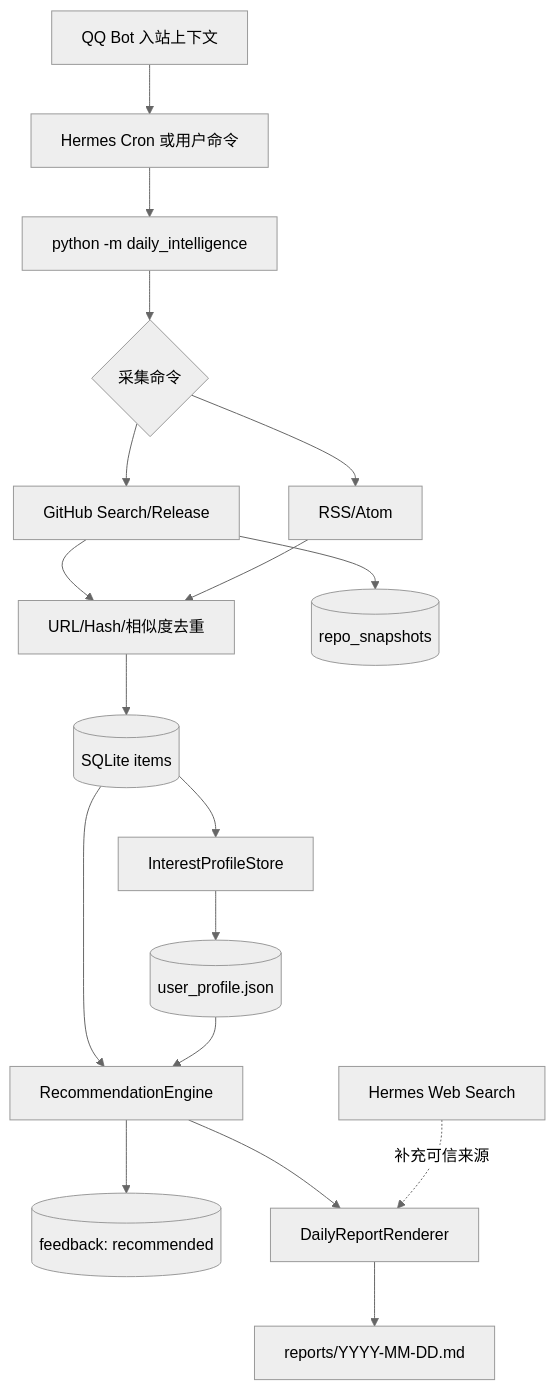
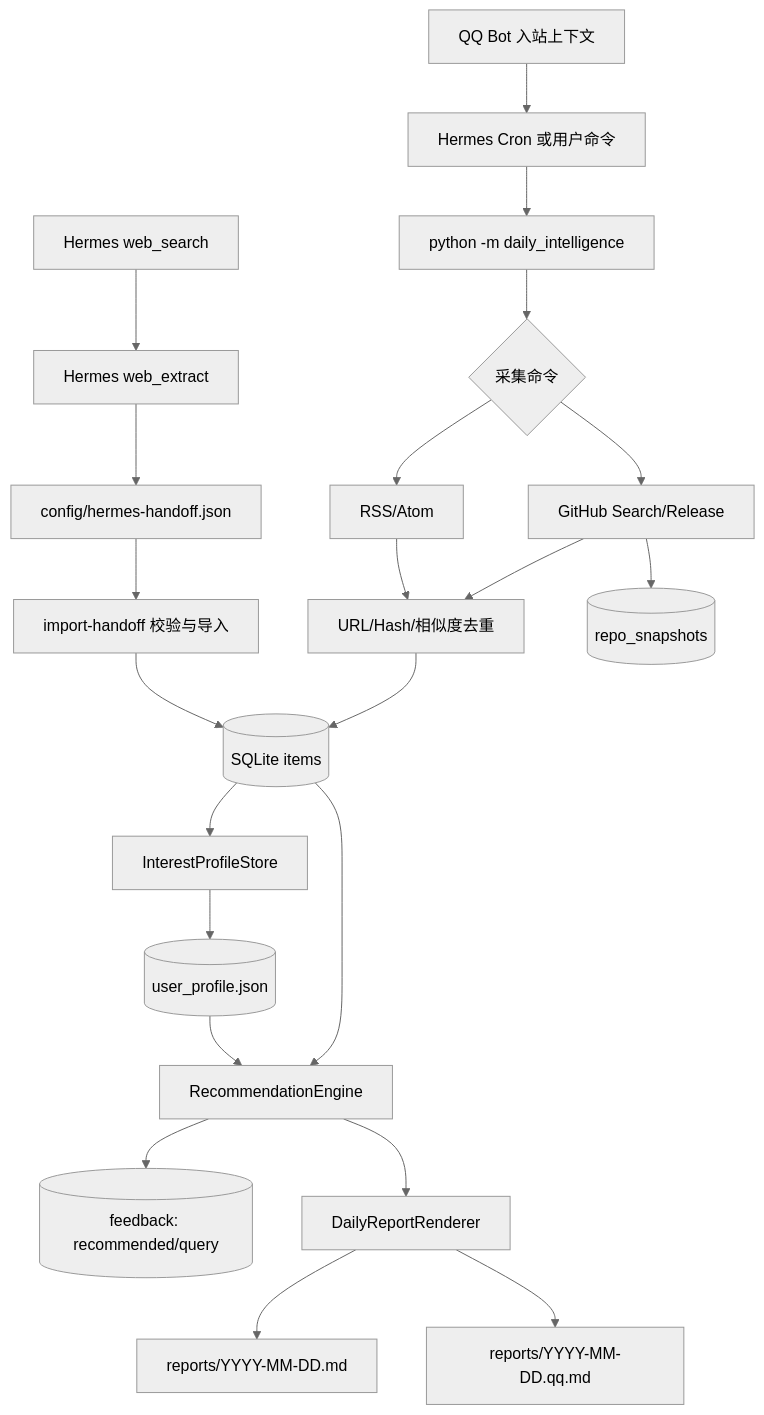
Before and after one commit to xie480/DailyIntelligence: the diagram in docs/architecture.md, drawn with Mermaid (neutral theme). The commit also changed other lines of this file and 14 other files, not shown here.

```diff
--- a/docs/architecture.md
+++ b/docs/architecture.md
@@ -23,20 +24,24 @@
 ~~~~mermaid
 flowchart TD
     A[Hermes Cron 或用户命令] --> B[python -m daily_intelligence]
     B --> C{采集命令}
     C --> D[GitHub Search/Release]
     C --> E[RSS/Atom]
     D --> F[URL/Hash/相似度去重]
     E --> F
+    O[Hermes web_search] --> Q[Hermes web_extract]
+    Q --> R[config/hermes-handoff.json]
+    R --> S[import-handoff 校验与导入]
     F --> G[(SQLite items)]
+    S --> G
     D --> H[(repo_snapshots)]
     G --> I[InterestProfileStore]
     I --> J[(user_profile.json)]
     G --> K[RecommendationEngine]
     J --> K
-    K --> L[(feedback: recommended)]
+    K --> L[(feedback: recommended/query)]
     K --> M[DailyReportRenderer]
     M --> N[reports/YYYY-MM-DD.md]
-    O[Hermes Web Search] -.补充可信来源.-> M
+    M --> T[reports/YYYY-MM-DD.qq.md]
     P[QQ Bot 入站上下文] --> A
 ~~~~
```
